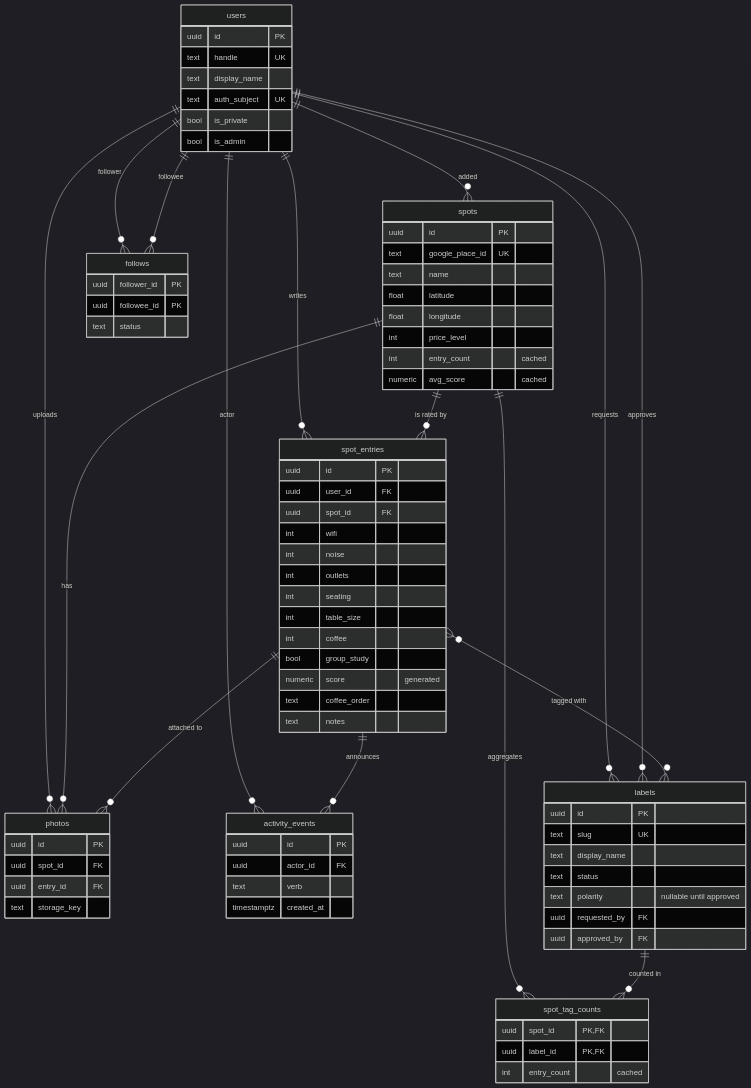
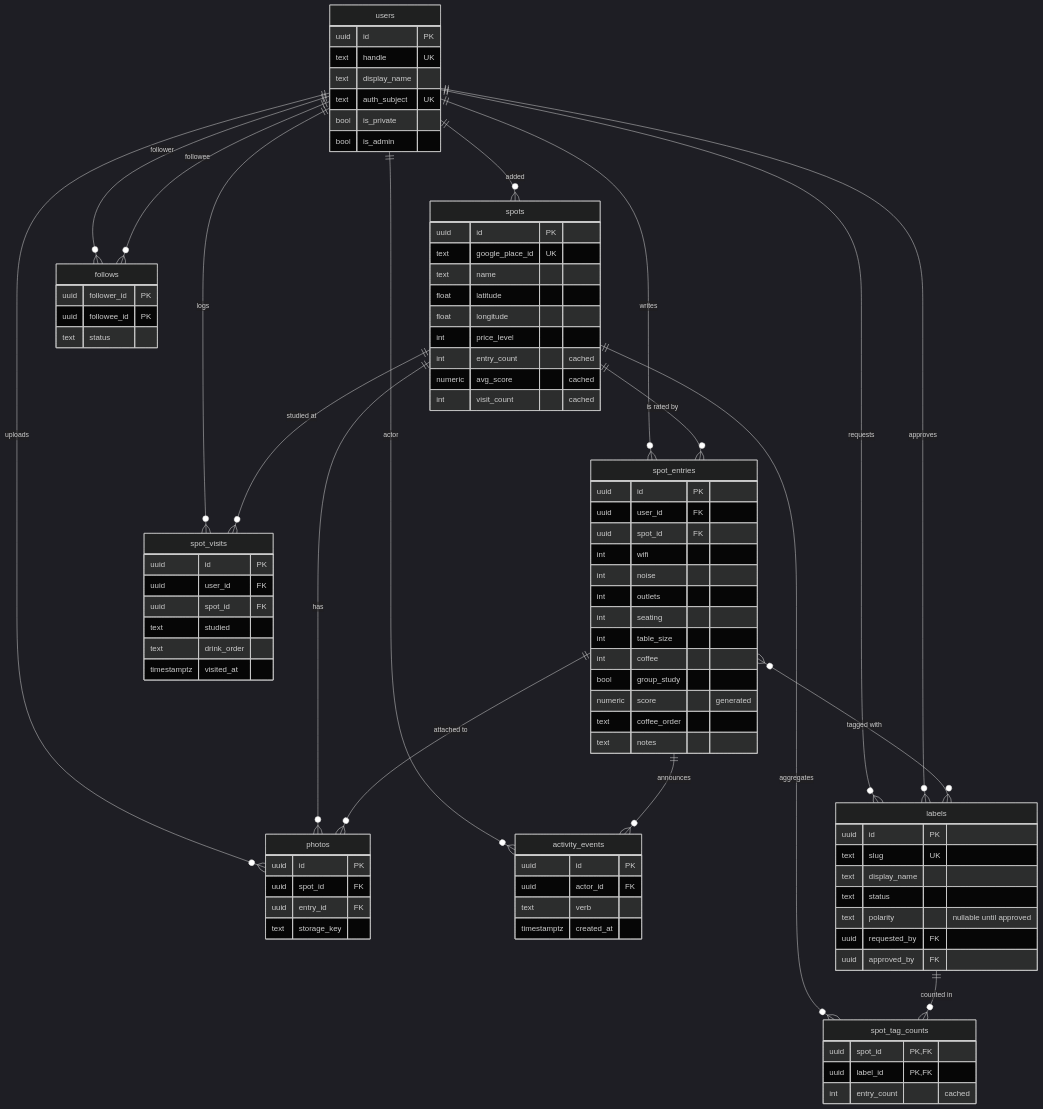
Before and after one commit to Dustrunner369/studease: the diagram in context/data-model.md, drawn with Mermaid (dark theme). The commit also changed other lines of this file and 17 other files, not shown here.

````diff
--- a/context/data-model.md
+++ b/context/data-model.md
@@ -8,6 +8,7 @@
 ```mermaid
 erDiagram
     users ||--o{ spot_entries : writes
+    users ||--o{ spot_visits : logs
     users ||--o{ spots : "added"
     users ||--o{ photos : uploads
     users ||--o{ follows : follower
@@ -16,6 +17,7 @@
     users ||--o{ labels : requests
     users ||--o{ labels : approves
     spots ||--o{ spot_entries : "is rated by"
+    spots ||--o{ spot_visits : "studied at"
     spots ||--o{ photos : has
     spots ||--o{ spot_tag_counts : aggregates
     spot_entries ||--o{ photos : "attached to"
@@ -40,6 +42,7 @@
         int price_level
         int entry_count "cached"
         numeric avg_score "cached"
+        int visit_count "cached"
     }
     spot_entries {
         uuid id PK
@@ -55,6 +58,14 @@
         numeric score "generated"
         text coffee_order
         text notes
+    }
+    spot_visits {
+        uuid id PK
+        uuid user_id FK
+        uuid spot_id FK
+        text studied
+        text drink_order
+        timestamptz visited_at
     }
     labels {
         uuid id PK
````
